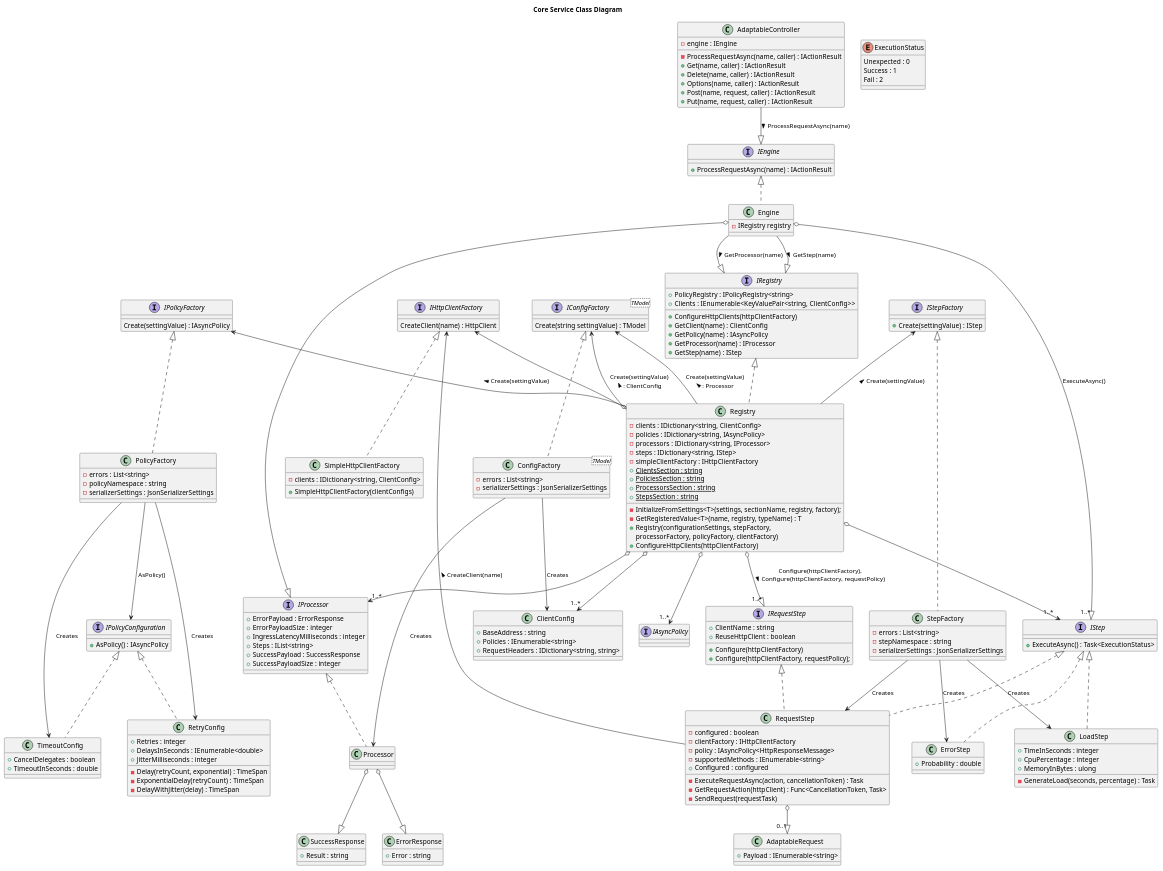
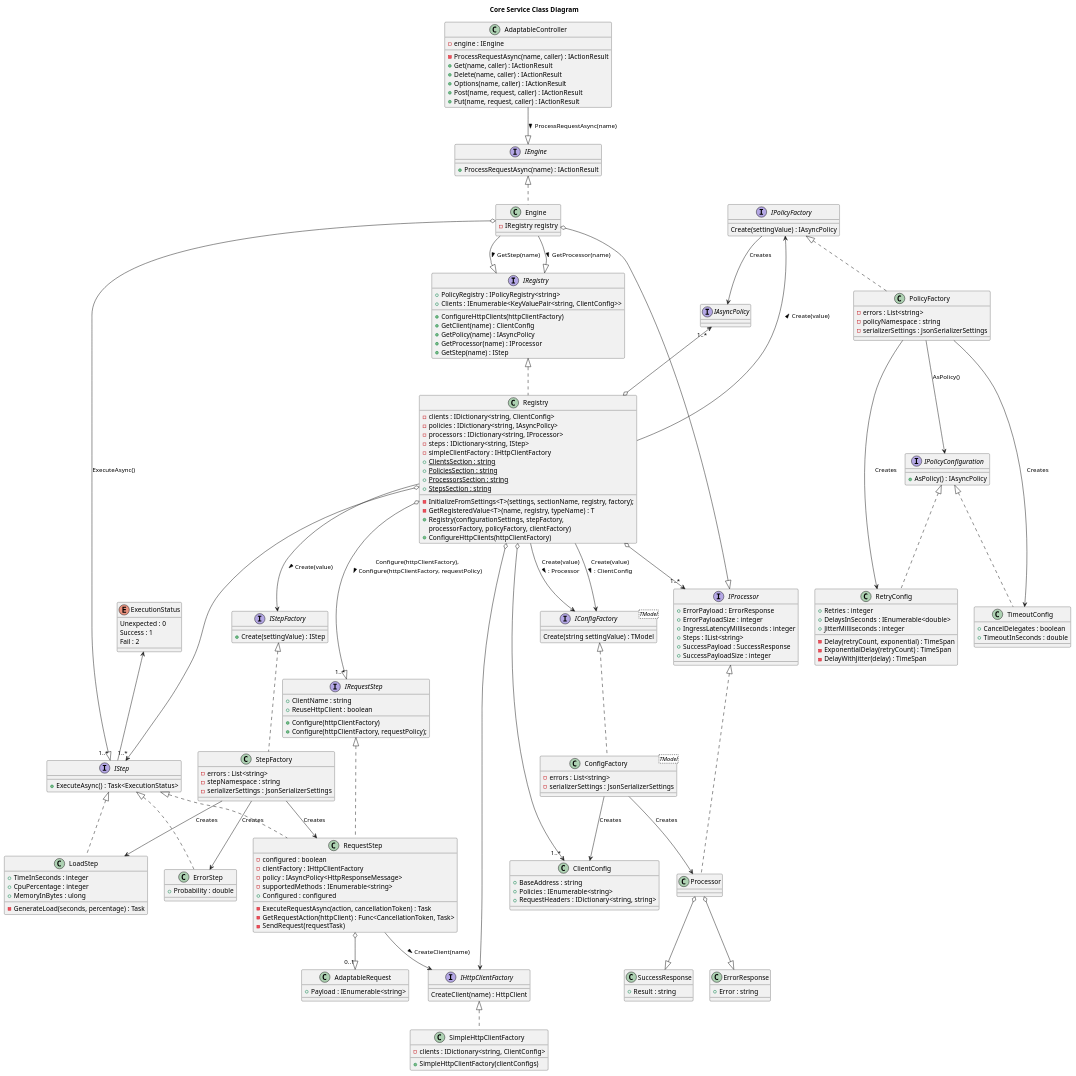
The diagram in plantuml_diagrams/Class_Diagram_CoreService.wsd (K-Cully/performance-of-microservices), drawn with PlantUML before and after one commit.

Commit message:
Update class diagram

```diff
--- a/plantuml_diagrams/Class_Diagram_CoreService.wsd
+++ b/plantuml_diagrams/Class_Diagram_CoreService.wsd
@@ -188,21 +188,23 @@
 Engine --|> IRegistry : GetStep(name) >
 Engine o--|> "1..*" IStep : ExecuteAsync()
 
-IConfigFactory <-- Registry : Create(settingValue)\n : Processor <
-IConfigFactory <-- Registry : Create(settingValue)\n : ClientConfig <
-IStepFactory <-- Registry : Create(settingValue) <
-IPolicyFactory <-- Registry : Create(settingValue) <
+Registry --> IConfigFactory : Create(value)\n : Processor >
+Registry --> IConfigFactory : Create(value)\n : ClientConfig >
+Registry --> IStepFactory : Create(value) >
+IPolicyFactory <-- Registry : Create(value) <
 IHttpClientFactory <--o Registry
 Registry o--> "1..*" IStep
 Registry o--> "1..*" IProcessor
 Registry o--> "1..*" ClientConfig
-Registry o--> "1..*" IAsyncPolicy
+IAsyncPolicy "1..*" <--o Registry
 Registry o--|> "1..*" IRequestStep : Configure(httpClientFactory),\nConfigure(httpClientFactory, requestPolicy)  >
 
 Processor o--|> SuccessResponse
 Processor o--|> ErrorResponse
 
-IHttpClientFactory <-- RequestStep : CreateClient(name) <
+ExecutionStatus <-- IStep
+
+RequestStep --> IHttpClientFactory : CreateClient(name) >
 RequestStep o--|> "0..1" AdaptableRequest
 
 ConfigFactory --> Processor : Creates
@@ -210,6 +212,7 @@
 StepFactory --> RequestStep : Creates
 StepFactory --> LoadStep : Creates
 StepFactory --> ErrorStep : Creates
+IPolicyFactory --> IAsyncPolicy : Creates
 
 PolicyFactory --> RetryConfig : Creates
 PolicyFactory --> TimeoutConfig : Creates
```
